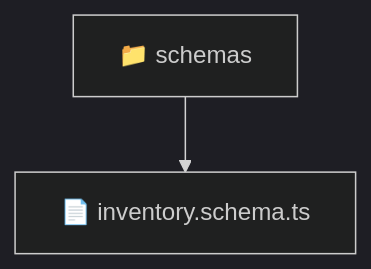
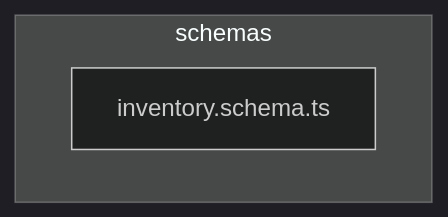
The diagram in backend/src/modules/inventory/infrastructure/schemas/README.md (beginwebdev2002/fullstack-mavluda), drawn with Mermaid (dark theme) before and after one commit. The commit also changed other lines of this file and 163 other files, not shown here.

````diff
--- a/backend/src/modules/inventory/infrastructure/schemas/README.md
+++ b/backend/src/modules/inventory/infrastructure/schemas/README.md
@@ -9,5 +15,6 @@
 ```mermaid
 graph TD
-  Root["📁 schemas"]
-  Root --> inventory_schema_ts["📄 inventory.schema.ts"]
+  subgraph schemas
+    inventory_schema_ts["inventory.schema.ts"]
+  end
 ```
````
